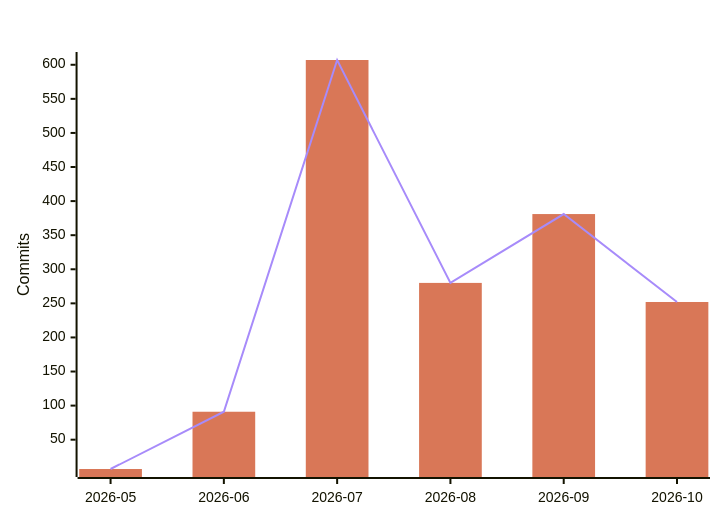
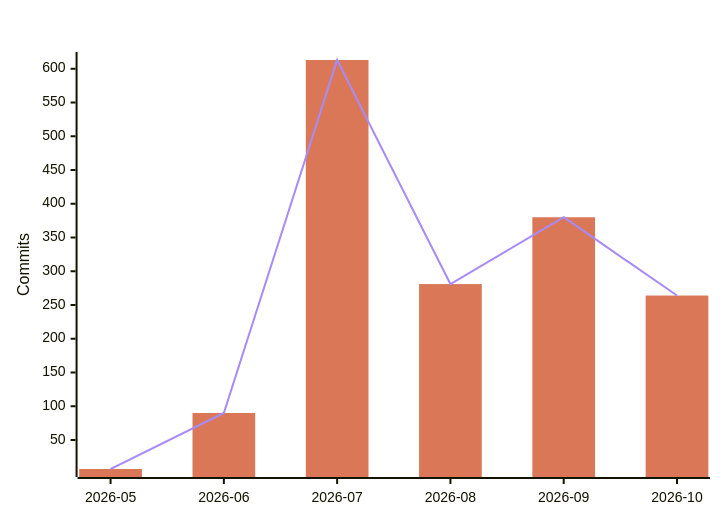
The fourth of 7 diagrams in README.md (polo-nyan/polo-nyan), drawn with Mermaid before and after one commit. The commit also changed other lines of this file and 1 other file, not shown here.

````diff
--- a/README.md
+++ b/README.md
@@ -294,9 +294,9 @@
 ```mermaid
 %%{init: {"xyChart": {"titleColor": "#ffffff", "xAxisLabelColor": "#ffffff", "yAxisLabelColor": "#ffffff"}, "themeVariables": {"xyChart": {"titleColor": "#ffffff", "plotColorPalette": "#d97757, #a78bfa"}}}}%%
 xychart-beta
     title "AI-Assisted Commits Per Month"
     x-axis ["2026-05", "2026-06", "2026-07", "2026-08", "2026-09", "2026-10"]
     y-axis "Commits"
-    bar [7, 91, 607, 280, 381, 252]
-    line [7, 91, 607, 280, 381, 252]
+    bar [7, 90, 613, 281, 380, 264]
+    line [7, 90, 613, 281, 380, 264]
 ```
````
